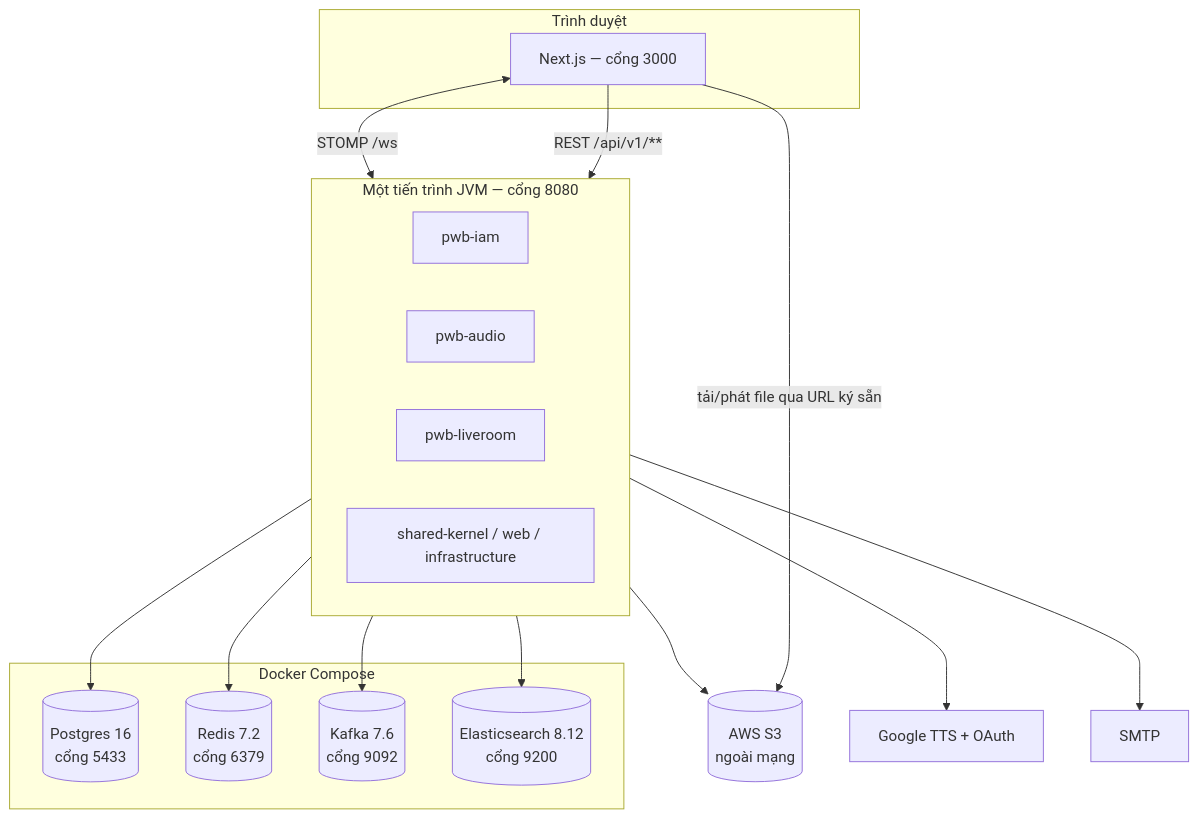
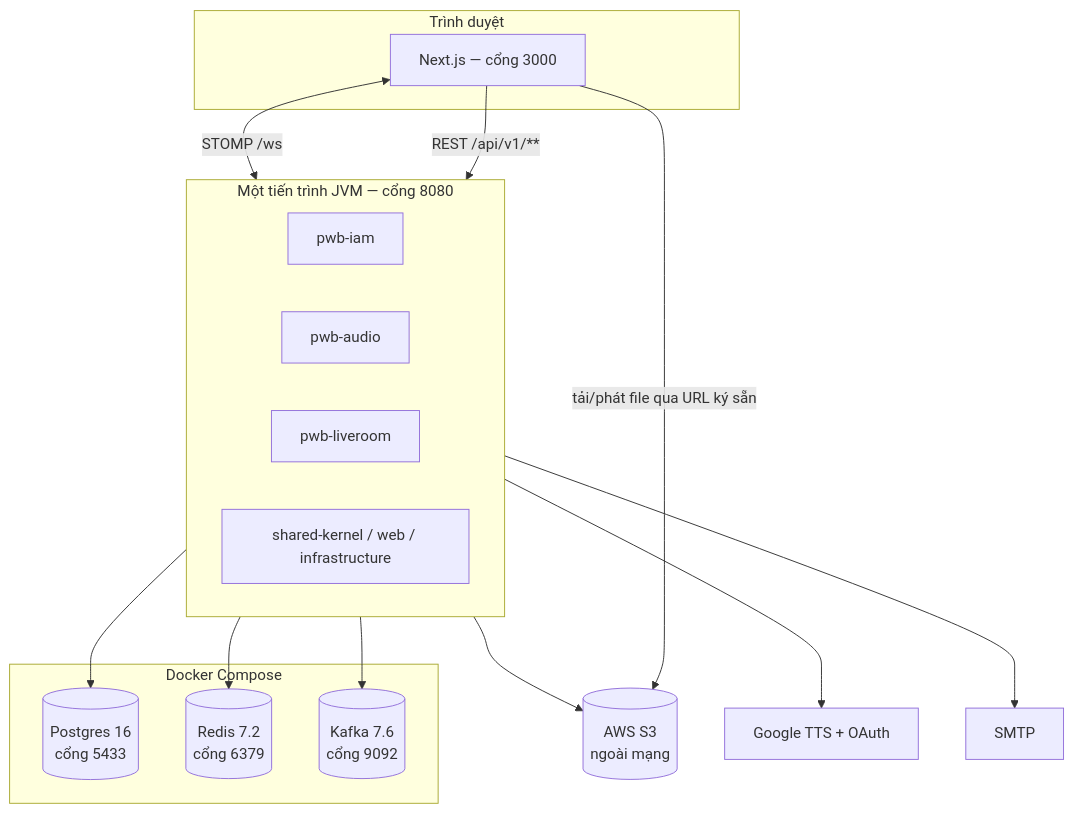
Before and after one commit to NguyenDucHoangNam/PWB_Mini: the first of 2 diagrams in docs/technical/00-ban-do-he-thong.md, drawn with Mermaid. The commit also changed other lines of this file and 98 other files, not shown here.

````diff
--- a/docs/technical/00-ban-do-he-thong.md
+++ b/docs/technical/00-ban-do-he-thong.md
@@ -20,32 +20,31 @@
 ```mermaid
 flowchart TB
     subgraph B["Trình duyệt"]
         FE["Next.js — cổng 3000"]
     end
 
     subgraph APP["Một tiến trình JVM — cổng 8080"]
         direction LR
         IAM["pwb-iam"]
         AUD["pwb-audio"]
         LR["pwb-liveroom"]
         SH["shared-kernel / web / infrastructure"]
     end
 
     subgraph INFRA["Docker Compose"]
         PG[("Postgres 16<br/>cổng 5433")]
         RD[("Redis 7.2<br/>cổng 6379")]
         KF[("Kafka 7.6<br/>cổng 9092")]
-        ES[("Elasticsearch 8.12<br/>cổng 9200")]
     end
 
     S3[("AWS S3<br/>ngoài mạng")]
     GG["Google TTS + OAuth"]
     SMTP["SMTP"]
 
     FE -->|"REST /api/v1/**"| APP
     FE <-->|"STOMP /ws"| APP
     FE -->|"tải/phát file qua URL ký sẵn"| S3
 
-    APP --> PG & RD & KF & ES
+    APP --> PG & RD & KF
     APP --> S3 & GG & SMTP
 ```
````
